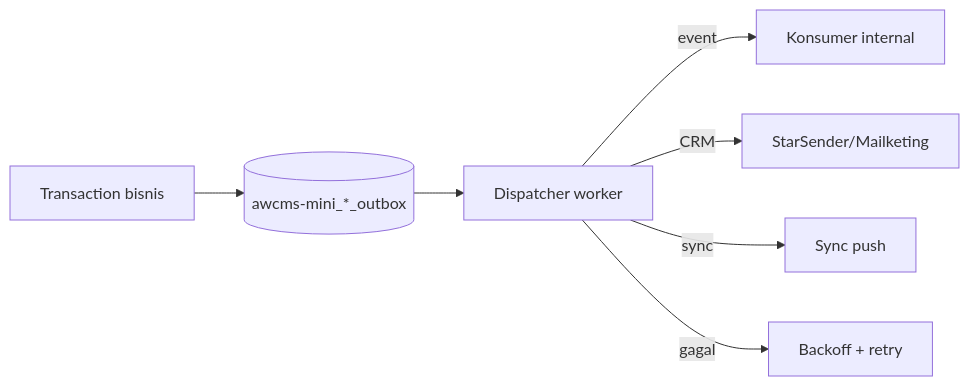
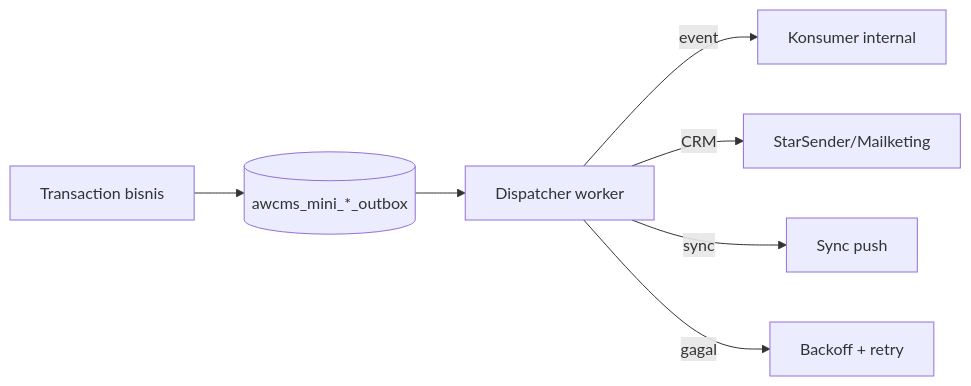
One commit to ahliweb/awcms-mini changed the third of 5 diagrams in docs/awcms-mini/16_backend_data_access_integration.md. Above: the diagram before and after it, drawn with Mermaid. The commit also changed other lines of this file and 12 other files, not shown here.

First line of the commit message:
docs(naming): unify awcms_mini_ table/env-var prefix across docs

````diff
--- a/docs/awcms-mini/16_backend_data_access_integration.md
+++ b/docs/awcms-mini/16_backend_data_access_integration.md
@@ -125,9 +125,9 @@
 ```mermaid
 flowchart LR
-  Tx[Transaction bisnis] --> OB[(awcms-mini_*_outbox)]
+  Tx[Transaction bisnis] --> OB[(awcms_mini_*_outbox)]
   OB --> Disp[Dispatcher worker]
   Disp -->|event| Bus[Konsumer internal]
   Disp -->|CRM| Prov[StarSender/Mailketing]
   Disp -->|sync| Node[Sync push]
   Disp -->|gagal| Retry[Backoff + retry]
 ```
````
